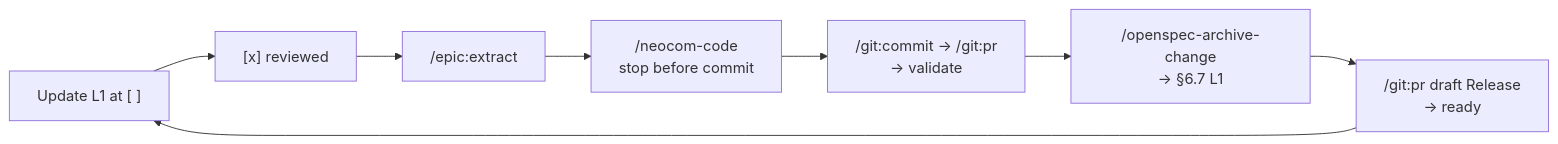
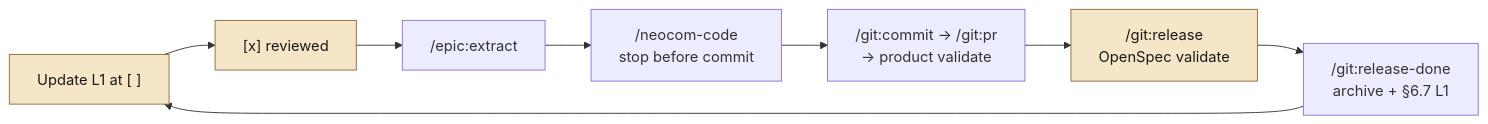
One commit to AdamAntinoo/neocom-meta changed the ninth of 9 diagrams in .dsh/METHODOLOGY.md. Above: the diagram before and after it, drawn with Mermaid. The commit also changed other lines of this file and 15 other files, not shown here.

First line of the commit message:
feat(meta): add /git:release flow and archive validated defects

````diff
--- a/.dsh/METHODOLOGY.md
+++ b/.dsh/METHODOLOGY.md
@@ -545,10 +555,11 @@
 ```mermaid
 flowchart LR
-  L1u["Update L1 at [ ]"] --> R["[x] reviewed"]
+  L1u["Update L1 at [ ]"]:::manual --> R["[x] reviewed"]:::manual
   R --> E["/epic:extract"]
   E --> A["/neocom-code<br/>stop before commit"]
-  A --> P["/git:commit → /git:pr<br/>→ validate"]
-  P --> Arch["/openspec-archive-change<br/>→ §6.7 L1"]
-  Arch --> Rel["/git:pr draft Release<br/>→ ready"]
-  Rel --> L1u
+  A --> P["/git:commit → /git:pr<br/>→ product validate"]
+  P --> Rel["/git:release<br/>OpenSpec validate"]:::manual
+  Rel --> Done["/git:release-done<br/>archive + §6.7 L1"]
+  Done --> L1u
+  classDef manual fill:#f5e6c8,stroke:#8a6d3b,color:#1a1a1a
 ```
````
